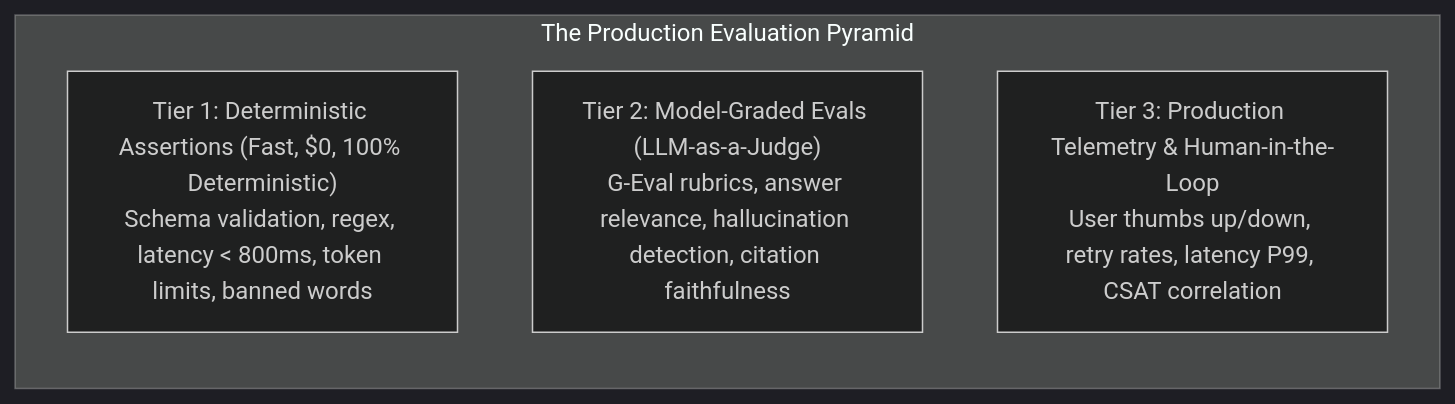
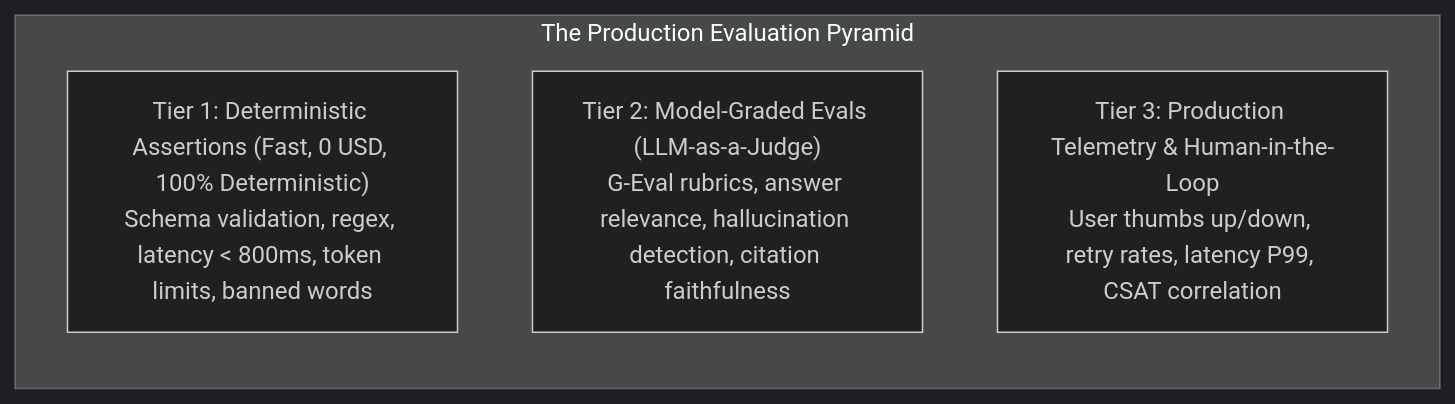
One commit to dip4k/senior-engineer-to-ai-engineer-roadmap changed the sixth of 15 diagrams in resources/beginner-mistakes-cheatsheet.md. Above: the diagram before and after it, drawn with Mermaid (dark theme). The commit also changed other lines of this file and 19 other files, not shown here.

````diff
--- a/resources/beginner-mistakes-cheatsheet.md
+++ b/resources/beginner-mistakes-cheatsheet.md
@@ -489,9 +489,9 @@
 ```mermaid
 flowchart TD
     subgraph EvalPyramid["The Production Evaluation Pyramid"]
         direction TB
-        E1["Tier 1: Deterministic Assertions (Fast, $0, 100% Deterministic)\nSchema validation, regex, latency < 800ms, token limits, banned words"]
+        E1["Tier 1: Deterministic Assertions (Fast, 0 USD, 100% Deterministic)\nSchema validation, regex, latency < 800ms, token limits, banned words"]
         E2["Tier 2: Model-Graded Evals (LLM-as-a-Judge)\nG-Eval rubrics, answer relevance, hallucination detection, citation faithfulness"]
         E3["Tier 3: Production Telemetry & Human-in-the-Loop\nUser thumbs up/down, retry rates, latency P99, CSAT correlation"]
     end
 ```
````
